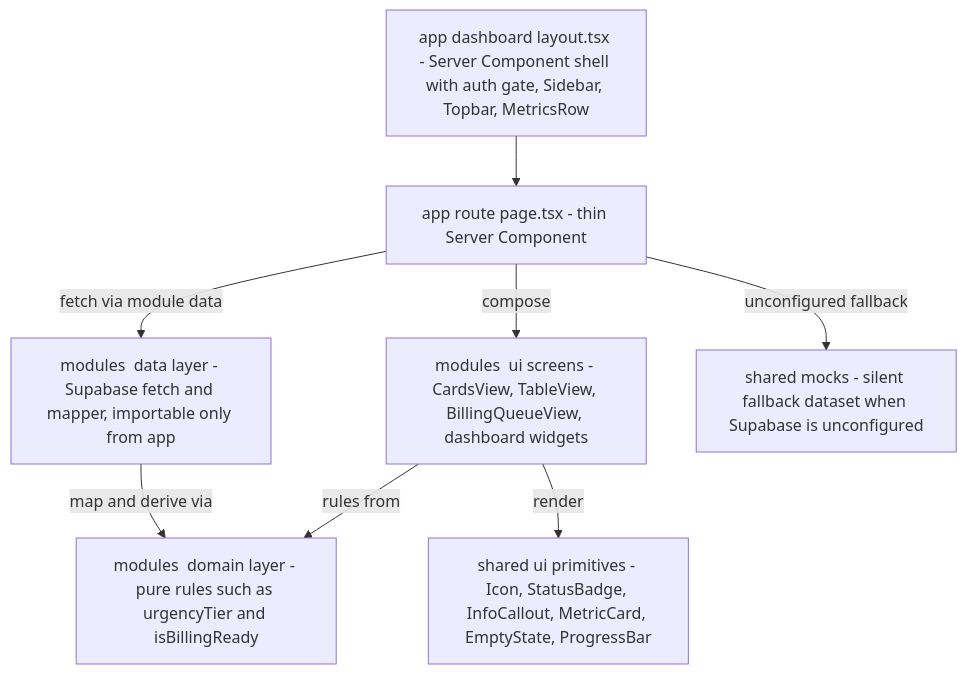
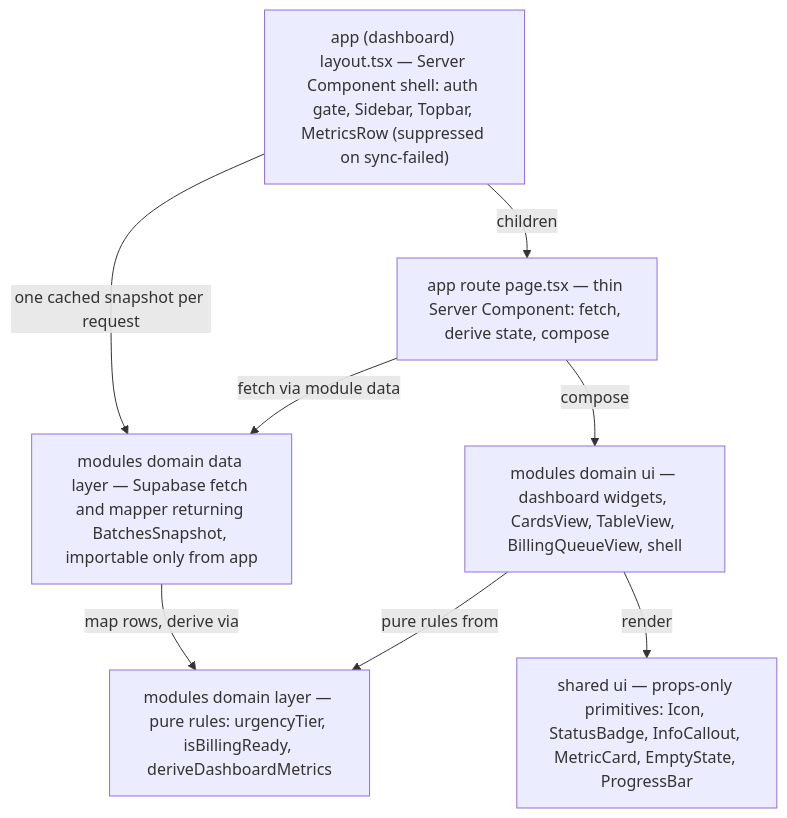
The first of 2 diagrams in openwiki/architecture/design-system.md (shuakyle21/tesda-compliance-manager), drawn with Mermaid before and after one commit. The commit also changed other lines of this file and 5 other files, not shown here.

````diff
--- a/openwiki/architecture/design-system.md
+++ b/openwiki/architecture/design-system.md
@@ -84,18 +149,17 @@
 ```mermaid
 flowchart TD
-    layout["app dashboard layout.tsx - Server Component shell with auth gate, Sidebar, Topbar, MetricsRow"]
-    route["app route page.tsx - thin Server Component"]
-    data["modules <domain> data layer - Supabase fetch and mapper, importable only from app"]
-    domain["modules <domain> domain layer - pure rules such as urgencyTier and isBillingReady"]
-    screen["modules <domain> ui screens - CardsView, TableView, BillingQueueView, dashboard widgets"]
-    prim["shared ui primitives - Icon, StatusBadge, InfoCallout, MetricCard, EmptyState, ProgressBar"]
-    mocks["shared mocks - silent fallback dataset when Supabase is unconfigured"]
+    layout["app (dashboard) layout.tsx — Server Component shell: auth gate, Sidebar, Topbar, MetricsRow (suppressed on sync-failed)"]
+    page["app route page.tsx — thin Server Component: fetch, derive state, compose"]
+    data["modules domain data layer — Supabase fetch and mapper returning BatchesSnapshot, importable only from app"]
+    domain["modules domain layer — pure rules: urgencyTier, isBillingReady, deriveDashboardMetrics"]
+    screen["modules domain ui — dashboard widgets, CardsView, TableView, BillingQueueView, shell"]
+    prim["shared ui — props-only primitives: Icon, StatusBadge, InfoCallout, MetricCard, EmptyState, ProgressBar"]
 
-    layout --> route
-    route -->|"fetch via module data"| data
-    route -->|"compose"| screen
-    route -->|"unconfigured fallback"| mocks
-    data -->|"map and derive via"| domain
-    screen -->|"render"| prim
-    screen -->|"rules from"| domain
+    layout -->|children| page
+    layout -->|one cached snapshot per request| data
+    page -->|fetch via module data| data
+    data -->|map rows, derive via| domain
+    page -->|compose| screen
+    screen -->|render| prim
+    screen -->|pure rules from| domain
 ```
````
